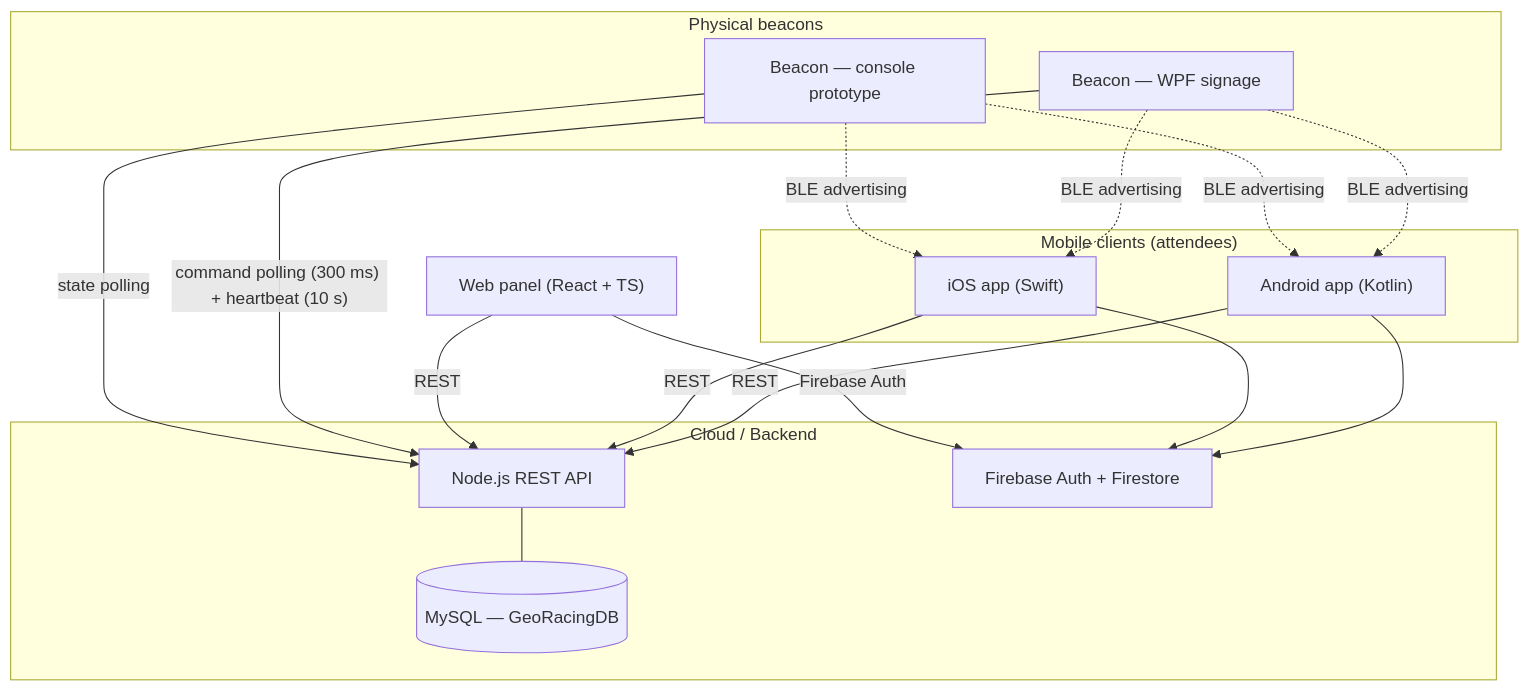
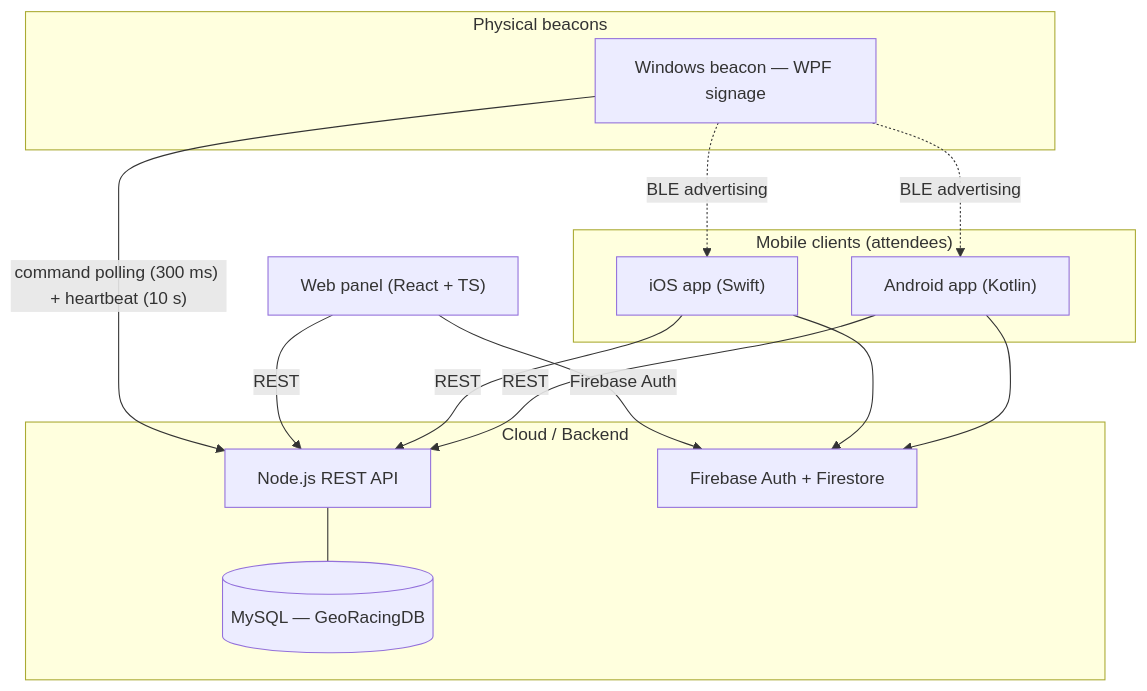
Before and after one commit to Elgeryy1/georacing: the first of 2 diagrams in docs/ARCHITECTURE.md, drawn with Mermaid. The commit also changed other lines of this file and 786 other files, not shown here.

First line of the commit message:
Restructure for publication: android/ios/web/api/windows, drop extras, remove names

````diff
--- a/docs/ARCHITECTURE.md
+++ b/docs/ARCHITECTURE.md
@@ -38,34 +36,30 @@
 ```mermaid
 graph TB
     subgraph Cloud["Cloud / Backend"]
         API["Node.js REST API"]
         DB[("MySQL — GeoRacingDB")]
         FB["Firebase Auth + Firestore"]
         API --- DB
     end
 
     subgraph Mobile["Mobile clients (attendees)"]
         AND["Android app (Kotlin)"]
         IOS["iOS app (Swift)"]
     end
 
     subgraph Beacons["Physical beacons"]
-        BN["Beacon — WPF signage"]
-        BG["Beacon — console prototype"]
+        BN["Windows beacon — WPF signage"]
     end
 
     WEB["Web panel (React + TS)"]
 
     AND -->|REST| API
     IOS -->|REST| API
     AND --> FB
     IOS --> FB
     WEB -->|Firebase Auth| FB
     WEB -->|REST| API
     BN -->|"command polling (300 ms) + heartbeat (10 s)"| API
-    BG -->|state polling| API
     BN -.->|BLE advertising| AND
     BN -.->|BLE advertising| IOS
-    BG -.->|BLE advertising| AND
-    BG -.->|BLE advertising| IOS
 ```
````
